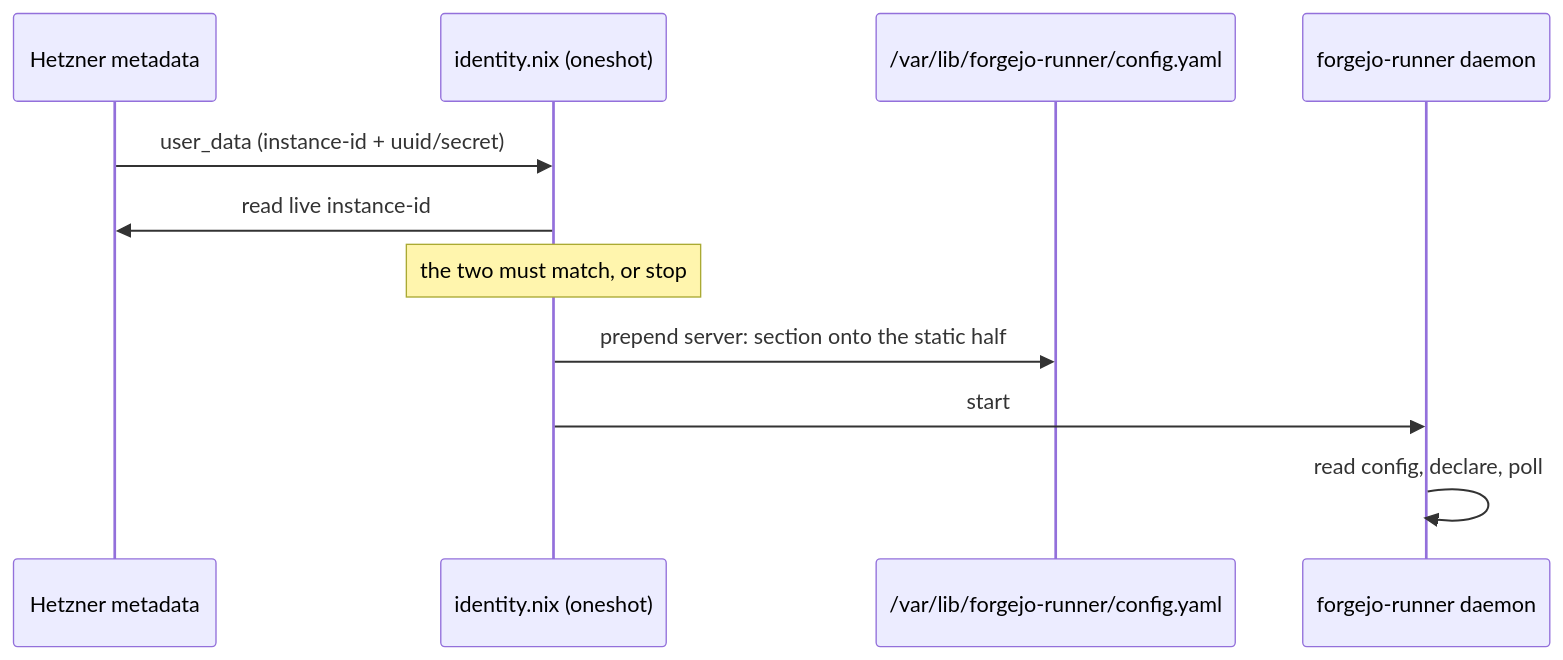
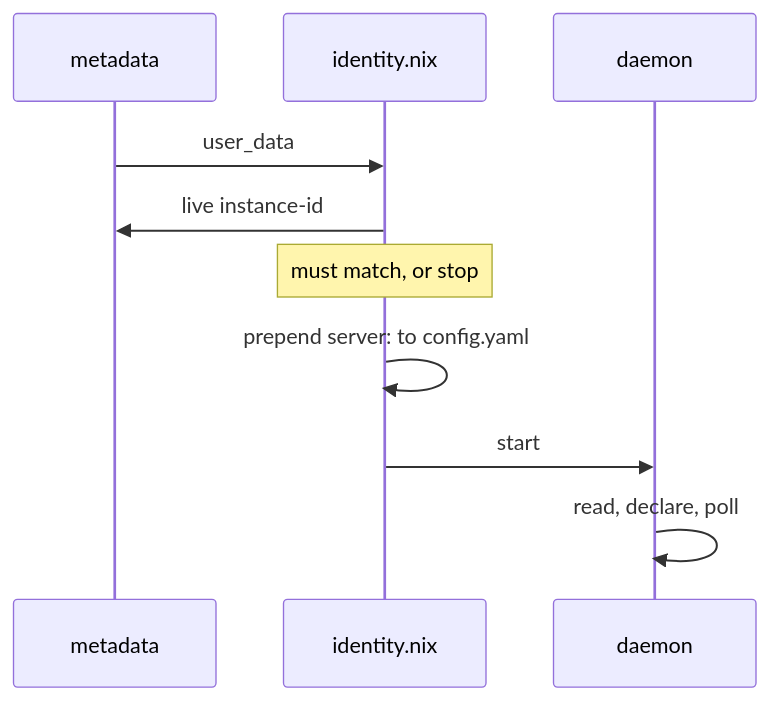
Before and after one commit to 1Git2Clone/vps: the second of 2 diagrams in docs/src/architecture/runner.md, drawn with Mermaid. The commit also changed other lines of this file and 8 other files, not shown here.

````diff
--- a/docs/src/architecture/runner.md
+++ b/docs/src/architecture/runner.md
@@ -166,14 +165,13 @@
 ```mermaid
 sequenceDiagram
-    participant H as Hetzner metadata
-    participant I as identity.nix (oneshot)
-    participant C as /var/lib/forgejo-runner/config.yaml
-    participant D as forgejo-runner daemon
+    participant H as metadata
+    participant I as identity.nix
+    participant D as daemon
 
-    H->>I: user_data (instance-id + uuid/secret)
-    I->>H: read live instance-id
-    Note over I: the two must match, or stop
-    I->>C: prepend server: section onto the static half
+    H->>I: user_data
+    I->>H: live instance-id
+    Note over I: must match, or stop
+    I->>I: prepend server: to config.yaml
     I->>D: start
-    D->>D: read config, declare, poll
+    D->>D: read, declare, poll
 ```
````
